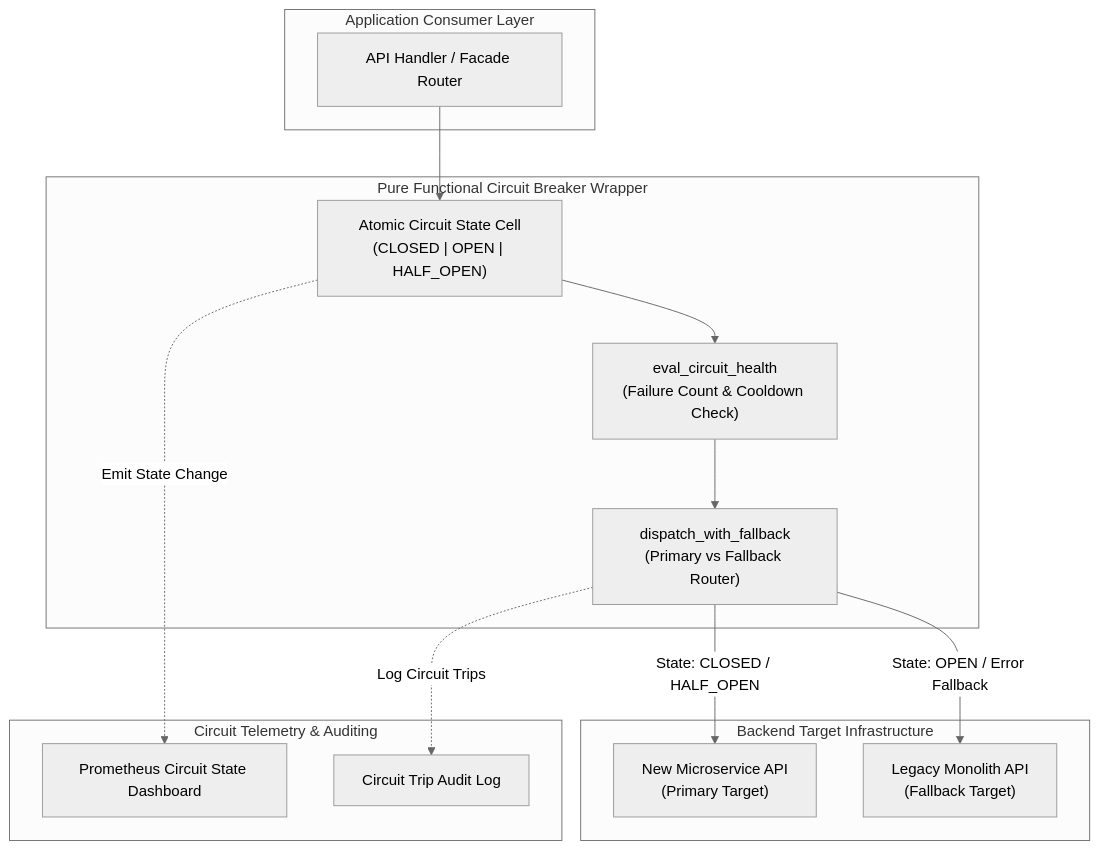
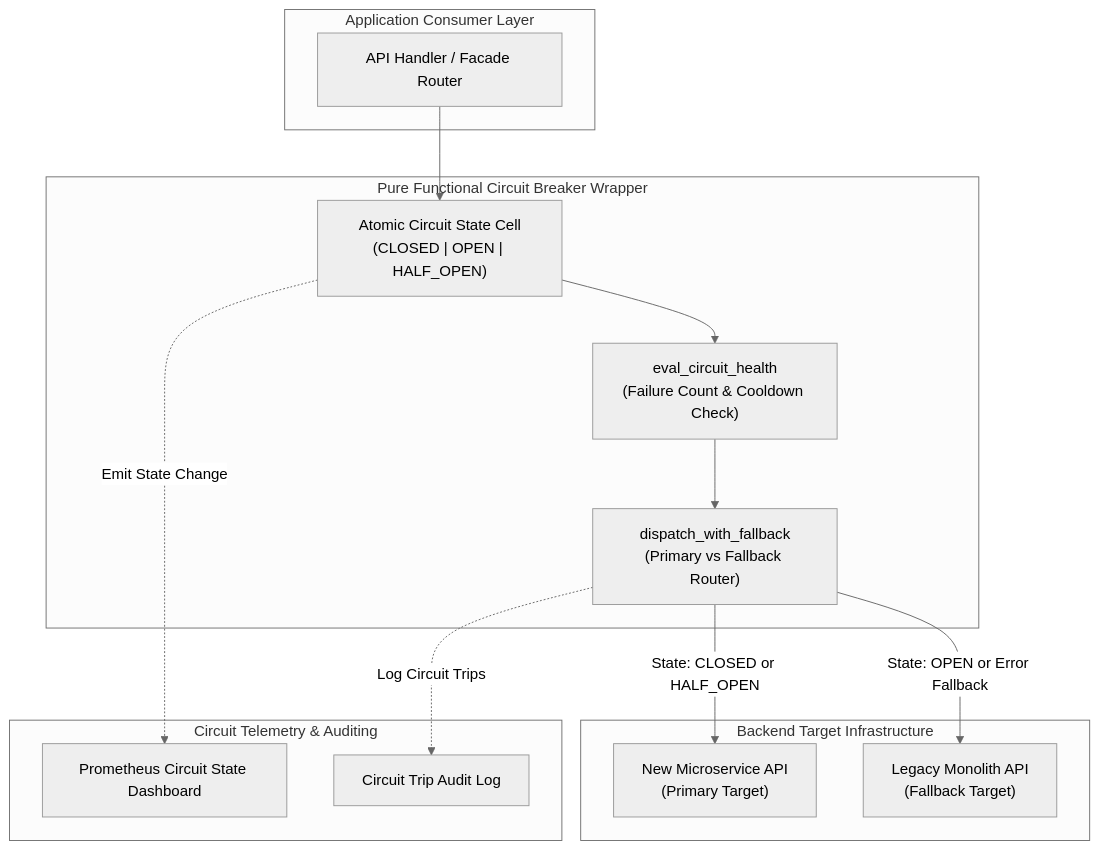
Before and after one commit to Chief-Strategist-J/llm-observability-platform: the first of 2 diagrams in notebooks/runbooks/refs/06-rollback-cutover-lifecycle/circuit-breaker-cutover-fallback.md, drawn with Mermaid (neutral theme). The commit also changed 35 other files, not shown here.

Commit message:
fix(docs): resolve sequence diagram message label syntax errors across runbook suite

````diff
--- a/notebooks/runbooks/refs/06-rollback-cutover-lifecycle/circuit-breaker-cutover-fallback.md
+++ b/notebooks/runbooks/refs/06-rollback-cutover-lifecycle/circuit-breaker-cutover-fallback.md
@@ -28,32 +28,32 @@
 ```mermaid
 flowchart TD
     subgraph ClientLayer["Application Consumer Layer"]
         ClientConsumer["API Handler / Facade Router"]
     end
 
     subgraph CircuitBreakerEngine["Pure Functional Circuit Breaker Wrapper"]
         StateCell["Atomic Circuit State Cell\n(CLOSED | OPEN | HALF_OPEN)"]
         HealthEvaluator["eval_circuit_health\n(Failure Count & Cooldown Check)"]
         TargetDispatcher["dispatch_with_fallback\n(Primary vs Fallback Router)"]
 
         ClientConsumer --> StateCell
         StateCell --> HealthEvaluator
         HealthEvaluator --> TargetDispatcher
     end
 
     subgraph BackendInfrastructure["Backend Target Infrastructure"]
         NewMicroservice["New Microservice API\n(Primary Target)"]
         LegacyMonolith["Legacy Monolith API\n(Fallback Target)"]
 
-        TargetDispatcher -->|State: CLOSED / HALF_OPEN| NewMicroservice
-        TargetDispatcher -->|State: OPEN / Error Fallback| LegacyMonolith
+        TargetDispatcher -->|State: CLOSED or HALF_OPEN| NewMicroservice
+        TargetDispatcher -->|State: OPEN or Error Fallback| LegacyMonolith
     end
 
     subgraph ObservabilityLayer["Circuit Telemetry & Auditing"]
         PrometheusCollector["Prometheus Circuit State Dashboard"]
         AuditLog["Circuit Trip Audit Log"]
 
         StateCell -.->|Emit State Change| PrometheusCollector
         TargetDispatcher -.->|Log Circuit Trips| AuditLog
     end
 ```
````
